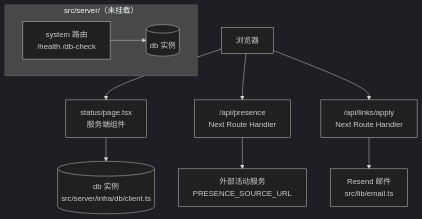
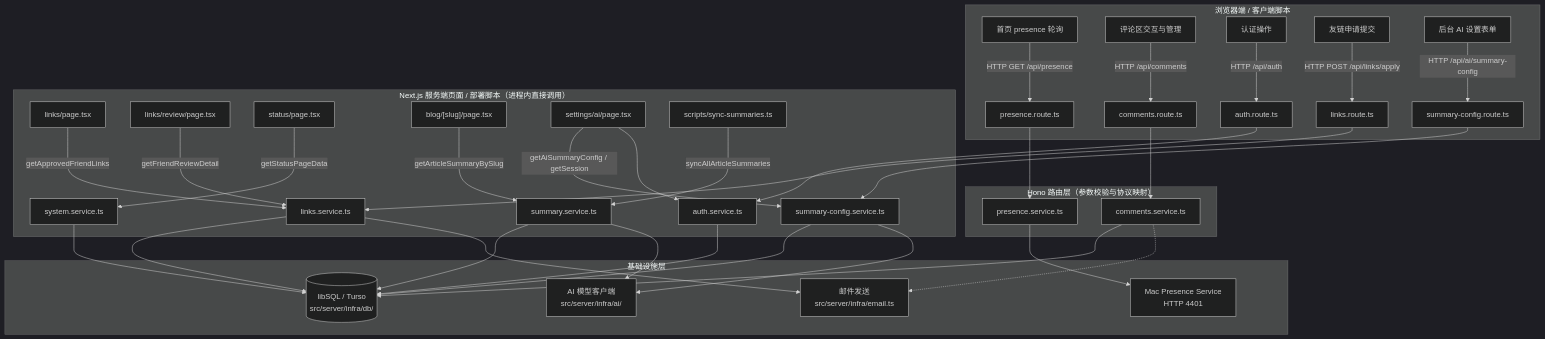
Before and after one commit to xidongdong-153/blog: the diagram in .trellis/spec/backend/service-call-guidelines.md, drawn with Mermaid. The commit also changed other lines of this file and 56 other files, not shown here.

````diff
--- a/.trellis/spec/backend/service-call-guidelines.md
+++ b/.trellis/spec/backend/service-call-guidelines.md
@@ -9,14 +7,43 @@
 ```mermaid
 %%{init: {"theme": "dark"}}%%
 flowchart TD
-  B["浏览器"] --> SP["status/page.tsx<br/>服务端组件"]
-  B --> PR["/api/presence<br/>Next Route Handler"]
-  B --> LR["/api/links/apply<br/>Next Route Handler"]
-  SP --> DB[("db 实例<br/>src/server/infra/db/client.ts")]
-  PR --> EXT["外部活动服务<br/>PRESENCE_SOURCE_URL"]
-  LR --> MAIL["Resend 邮件<br/>src/lib/email.ts"]
+  subgraph BROWSER["浏览器端 / 客户端脚本"]
+    C_PRES["首页 presence 轮询"] -->|HTTP GET /api/presence| H_PRES["presence.route.ts"]
+    C_COMM["评论区交互与管理"] -->|HTTP /api/comments| H_COMM["comments.route.ts"]
+    C_AUTH["认证操作"] -->|HTTP /api/auth| H_AUTH["auth.route.ts"]
+    C_LINK["友链申请提交"] -->|HTTP POST /api/links/apply| H_LINK["links.route.ts"]
+    C_AI["后台 AI 设置表单"] -->|HTTP /api/ai/summary-config| H_AI["summary-config.route.ts"]
+  end
 
-  subgraph HONO["src/server/（未挂载）"]
-    HR["system 路由<br/>/health /db-check"] --> HDB[("db 实例")]
+  subgraph NEXT_SERVER["Next.js 服务端页面 / 部署脚本（进程内直接调用）"]
+    P_LINK["links/page.tsx"] -->|getApprovedFriendLinks| S_LINK["links.service.ts"]
+    P_REV["links/review/page.tsx"] -->|getFriendReviewDetail| S_LINK
+    P_STAT["status/page.tsx"] -->|getStatusPageData| S_SYS["system.service.ts"]
+    P_BLOG["blog/[slug]/page.tsx"] -->|getArticleSummaryBySlug| S_AI["summary.service.ts"]
+    P_SET["settings/ai/page.tsx"] -->|getAiSummaryConfig / getSession| S_CONF["summary-config.service.ts"]
+    P_SET --> S_AUTH["auth.service.ts"]
+    SCR_AI["scripts/sync-summaries.ts"] -->|syncAllArticleSummaries| S_AI
+  end
+
+  subgraph HONO_ROUTES["Hono 路由层（参数校验与协议映射）"]
+    H_PRES --> S_PRES["presence.service.ts"]
+    H_COMM --> S_COMM["comments.service.ts"]
+    H_AUTH --> S_AUTH
+    H_LINK --> S_LINK
+    H_AI --> S_CONF
+  end
+
+  subgraph INFRA["基础设施层"]
+    S_LINK --> DB[("libSQL / Turso<br/>src/server/infra/db/")]
+    S_COMM --> DB
+    S_AUTH --> DB
+    S_CONF --> DB
+    S_AI --> DB
+    S_SYS --> DB
+    S_PRES --> EXT_PRES["Mac Presence Service<br/>HTTP 4401"]
+    S_LINK --> INFRA_MAIL["邮件发送<br/>src/server/infra/email.ts"]
+    S_COMM -.-> INFRA_MAIL
+    S_AI --> INFRA_AI["AI 模型客户端<br/>src/server/infra/ai/"]
+    S_CONF --> INFRA_AI
   end
 ```
````
